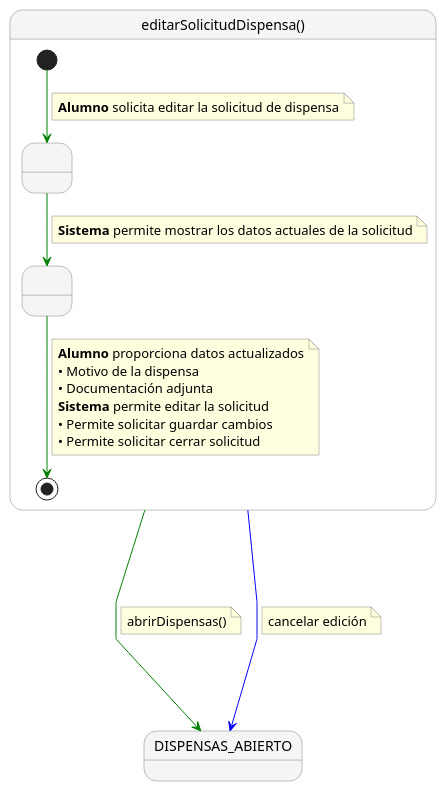
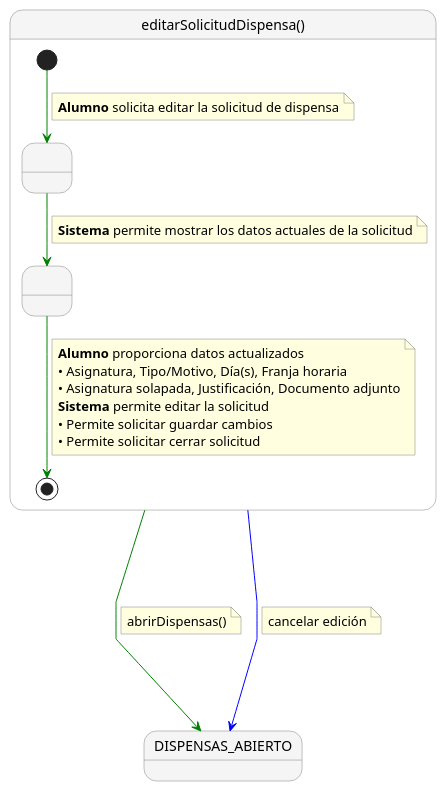
One commit to enmabry/25-26-IdSw1-SdR changed the diagram in documents/CasosDeUso/DetalladoCasosDeUso/Alumno/editarSolicitudDispensa.puml. Above: the diagram before and after it, drawn with PlantUML. The commit also changed 72 other files, not shown here.

Commit message:
Cambios cruciales en los casos de uso, su detallado, y se agrego un diagrama de contexto en formato "dashboard"

```diff
--- a/documents/CasosDeUso/DetalladoCasosDeUso/Alumno/editarSolicitudDispensa.puml
+++ b/documents/CasosDeUso/DetalladoCasosDeUso/Alumno/editarSolicitudDispensa.puml
@@ -1,49 +1,49 @@
 @startuml
 skinparam nodesep 60
 skinparam ranksep 60
 skinparam linetype polyline
 skinparam NoteBackgroundColor lightyellow
 skinparam NoteBorderColor gray
 skinparam StateBackgroundColor #F5F5F5
 skinparam StateBorderColor gray
 
 state "editarSolicitudDispensa()" as editarSolicitudDispensa {
 
     ' Estados anónimos vacíos para simular los pasos
     state " " as Paso1
     state " " as Paso2
 
     [*] -[#green]-> Paso1
     note on link
       <b>Alumno</b> solicita editar la solicitud de dispensa
     end note
 
     Paso1 -[#green]-> Paso2
     note on link
       <b>Sistema</b> permite mostrar los datos actuales de la solicitud
     end note
 
     Paso2 -[#green]-> [*]
     note on link
       <b>Alumno</b> proporciona datos actualizados
-      • Motivo de la dispensa
-      • Documentación adjunta
+      • Asignatura, Tipo/Motivo, Día(s), Franja horaria
+      • Asignatura solapada, Justificación, Documento adjunto
       <b>Sistema</b> permite editar la solicitud
       • Permite solicitar guardar cambios
       • Permite solicitar cerrar solicitud
     end note
 }
 
 state "DISPENSAS_ABIERTO" as DISPENSAS_ABIERTO
 
 editarSolicitudDispensa -[#green]---> DISPENSAS_ABIERTO
 note right on link
   abrirDispensas()
 end note
 
 editarSolicitudDispensa -[#blue]---> DISPENSAS_ABIERTO
 note right on link
   cancelar edición
 end note
 
 @enduml
```
